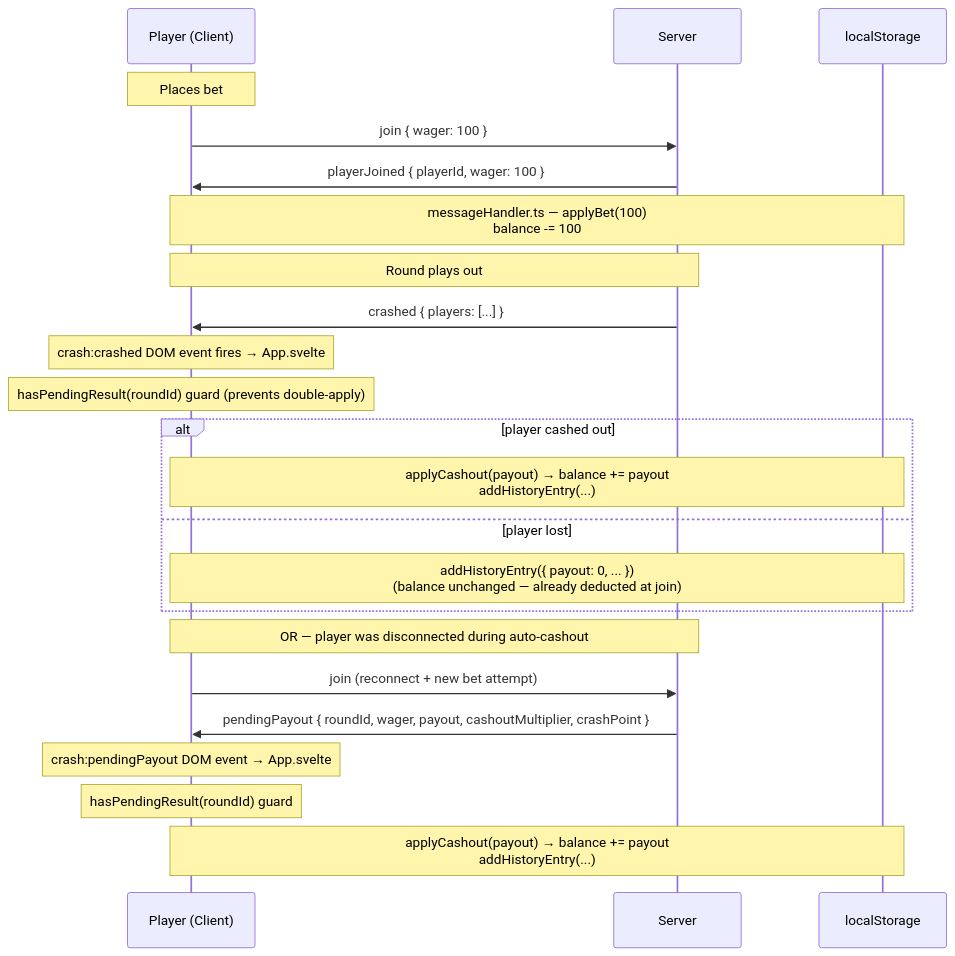
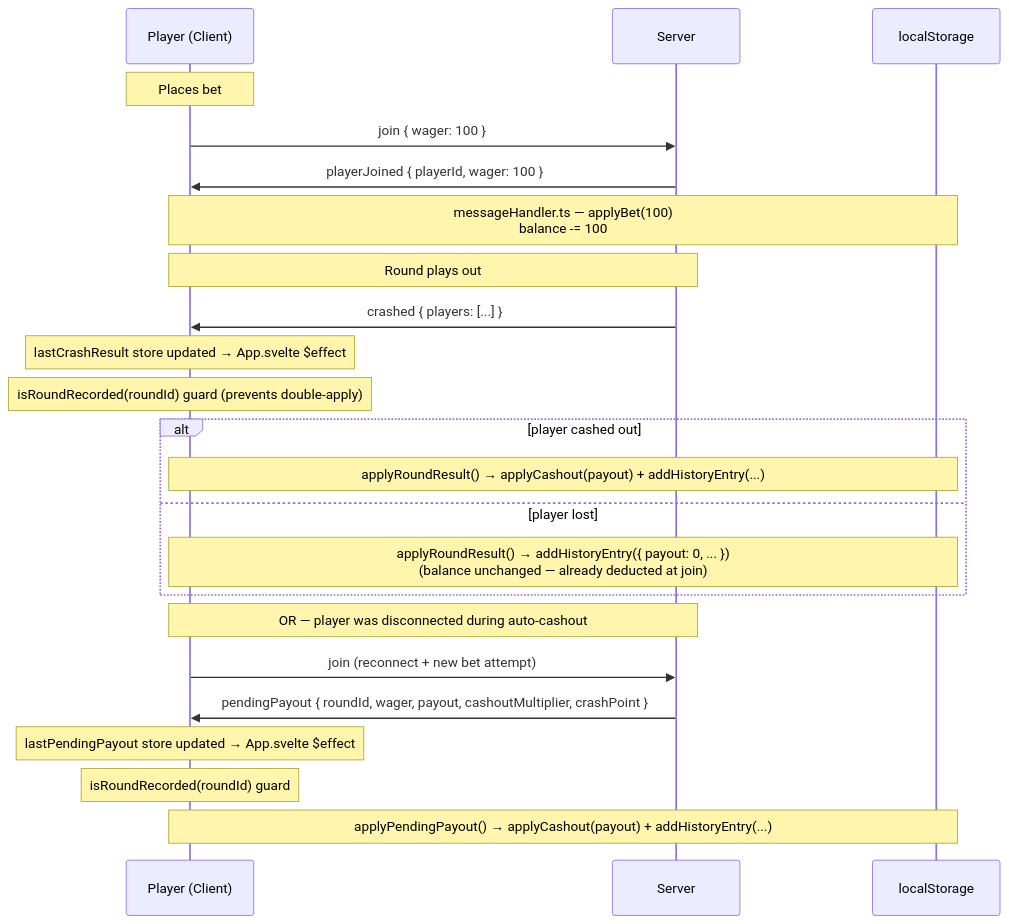
Before and after one commit to DigitalMachinist/crash-game: the fourth of 4 diagrams in docs/game-state-machine.md, drawn with Mermaid. The commit also changed other lines of this file and 1 other file, not shown here.

Commit message:
docs: update stale references after Wave 3 refactors
game-state-machine.md:
- Replace hasPendingResult() with isRoundRecorded() throughout (3 occurrences)
- Update PendingPayout location from crash-game.ts to validation.ts
- Replace crash:crashed/crash:pendingPayout CustomEvent references with
  lastCrashResult/lastPendingPayout store update pattern
- Update accounting table: applyCashout() → applyRoundResult()/applyPendingPayout()

balance.ts:
- Add JSDoc to isRoundRecorded() with @see docs/game-state-machine.md §3.8

````diff
--- a/docs/game-state-machine.md
+++ b/docs/game-state-machine.md
@@ -174,28 +174,28 @@
 ```mermaid
 sequenceDiagram
     participant P as Player (Client)
     participant S as Server
     participant LS as localStorage
 
     Note over P: Places bet
     P->>S: join { wager: 100 }
     S->>P: playerJoined { playerId, wager: 100 }
     Note over P,LS: messageHandler.ts — applyBet(100)<br/>balance -= 100
 
     Note over S,P: Round plays out
     S->>P: crashed { players: [...] }
-    Note over P: crash:crashed DOM event fires → App.svelte
-    Note over P: hasPendingResult(roundId) guard (prevents double-apply)
+    Note over P: lastCrashResult store updated → App.svelte $effect
+    Note over P: isRoundRecorded(roundId) guard (prevents double-apply)
     alt player cashed out
-        Note over P,LS: applyCashout(payout) → balance += payout<br/>addHistoryEntry(...)
+        Note over P,LS: applyRoundResult() → applyCashout(payout) + addHistoryEntry(...)
     else player lost
-        Note over P,LS: addHistoryEntry({ payout: 0, ... })<br/>(balance unchanged — already deducted at join)
+        Note over P,LS: applyRoundResult() → addHistoryEntry({ payout: 0, ... })<br/>(balance unchanged — already deducted at join)
     end
 
     Note over S,P: OR — player was disconnected during auto-cashout
     P->>S: join (reconnect + new bet attempt)
     S->>P: pendingPayout { roundId, wager, payout, cashoutMultiplier, crashPoint }
-    Note over P: crash:pendingPayout DOM event → App.svelte
-    Note over P: hasPendingResult(roundId) guard
-    Note over P,LS: applyCashout(payout) → balance += payout<br/>addHistoryEntry(...)
+    Note over P: lastPendingPayout store updated → App.svelte $effect
+    Note over P: isRoundRecorded(roundId) guard
+    Note over P,LS: applyPendingPayout() → applyCashout(payout) + addHistoryEntry(...)
 ```
````
